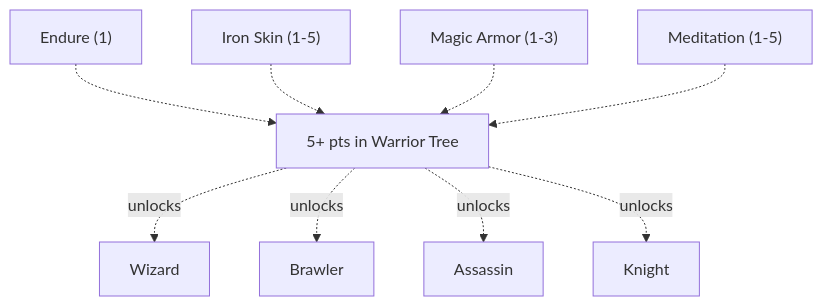
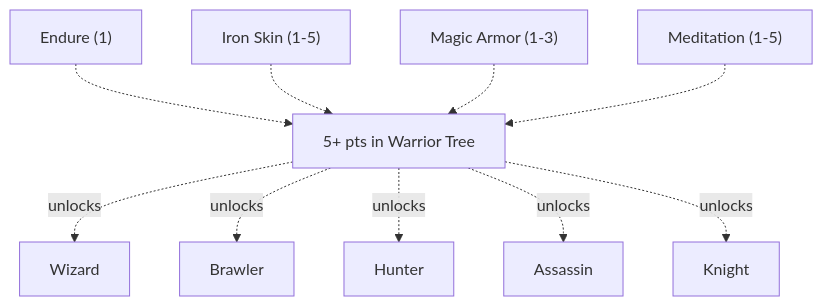
Diagram 14 of 19 in content/docs/mechanics/master.md (tfelix/bestia-docs), drawn with Mermaid before and after one commit. The commit also changed other lines of this file and 1 other file, not shown here.

First line of the commit message:
Unpark the Hunter with bow skills

````diff
--- a/content/docs/mechanics/master.md
+++ b/content/docs/mechanics/master.md
@@ -1934,27 +1934,27 @@
 ```mermaid
 graph TD
     Endure["Endure (1)"]
     IronSkin["Iron Skin (1-5)"]
     MagicArmor["Magic Armor (1-3)"]
     Meditation["Meditation (1-5)"]
     Gate["5+ pts in Warrior Tree"]
     Wizard["Wizard"]
     Brawler["Brawler"]
-    %% Hunter(("Hunter")) %% parked
+    Hunter["Hunter"]
     Assassin["Assassin"]
     Knight["Knight"]
     %% Bard(("Bard")) %% parked
     %% Dancer(("Dancer")) %% parked
 
     Endure -.-> Gate
     IronSkin -.-> Gate
     MagicArmor -.-> Gate
     Meditation -.-> Gate
     Gate -.->|unlocks| Wizard
     Gate -.->|unlocks| Brawler
-    %% Gate -.->|unlocks| Hunter
+    Gate -.->|unlocks| Hunter
     Gate -.->|unlocks| Assassin
     Gate -.->|unlocks| Knight
     %% Gate -.->|unlocks| Bard
     %% Gate -.->|unlocks| Dancer
 ```
````
